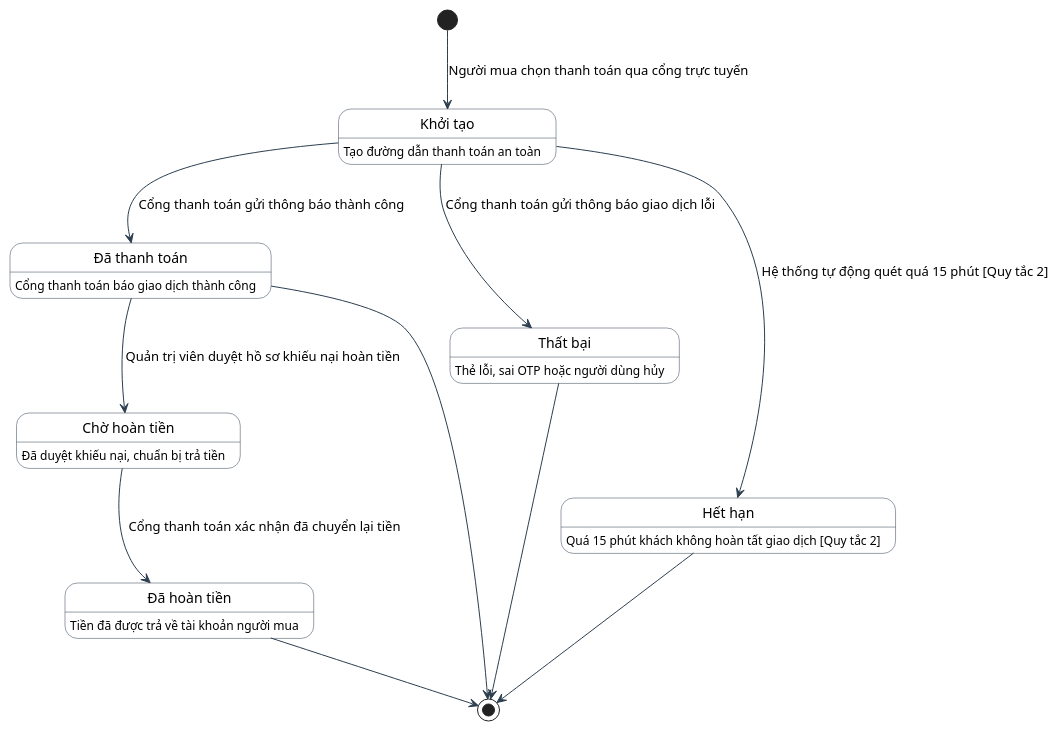
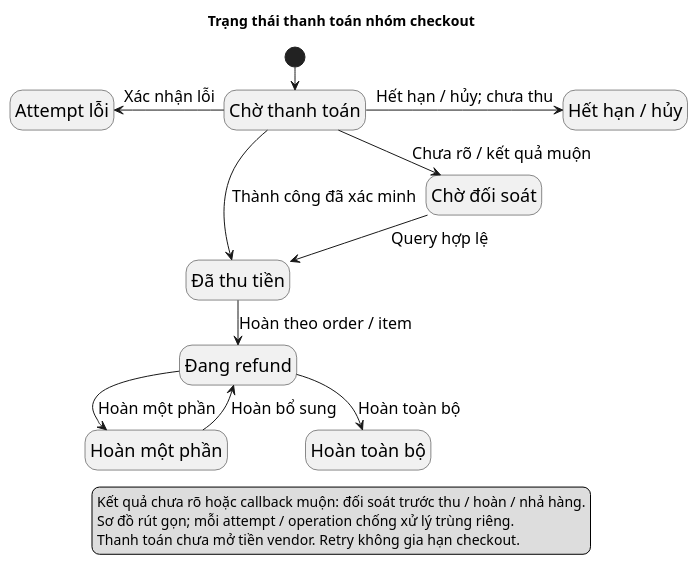
The diagram in docs/diagrams/state-machine/payment_transaction_state_machine.puml (buihaiduongdev/rewear-be), drawn with PlantUML before and after one commit. The commit also changed 34 other files, not shown here.

Commit message:
docs: align business specifications and report diagrams

```diff
--- a/docs/diagrams/state-machine/payment_transaction_state_machine.puml
+++ b/docs/diagrams/state-machine/payment_transaction_state_machine.puml
@@ -1,31 +1,33 @@
 @startuml
+title Trạng thái thanh toán nhóm checkout
 hide empty description
+skinparam ranksep 22
+skinparam nodesep 18
 skinparam shadowing false
-skinparam defaultFontName Arial
-
-skinparam state {
-  BackgroundColor #FFFFFF
-  BorderColor #2C3E50
-  ArrowColor #2C3E50
-}
-
-state "Khởi tạo" as KhoiTao : Tạo đường dẫn thanh toán an toàn
-state "Đã thanh toán" as DaThanhToan : Cổng thanh toán báo giao dịch thành công
-state "Thất bại" as ThatBai : Thẻ lỗi, sai OTP hoặc người dùng hủy
-state "Hết hạn" as HetHan : Quá 15 phút khách không hoàn tất giao dịch [Quy tắc 2]
-state "Chờ hoàn tiền" as ChoHoanTien : Đã duyệt khiếu nại, chuẩn bị trả tiền
-state "Đã hoàn tiền" as DaHoanTien : Tiền đã được trả về tài khoản người mua
-
-[*] --> KhoiTao : Người mua chọn thanh toán qua cổng trực tuyến
-KhoiTao --> DaThanhToan : Cổng thanh toán gửi thông báo thành công
-KhoiTao --> ThatBai : Cổng thanh toán gửi thông báo giao dịch lỗi
-KhoiTao --> HetHan : Hệ thống tự động quét quá 15 phút [Quy tắc 2]
-
-DaThanhToan --> ChoHoanTien : Quản trị viên duyệt hồ sơ khiếu nại hoàn tiền
-ChoHoanTien --> DaHoanTien : Cổng thanh toán xác nhận đã chuyển lại tiền
-
-DaThanhToan --> [*]
-ThatBai --> [*]
-HetHan --> [*]
-DaHoanTien --> [*]
+skinparam defaultFontName SansSerif
+skinparam defaultFontSize 18
+skinparam ArrowFontSize 16
+state "Chờ thanh toán" as waiting
+state "Đã thu tiền" as paid
+state "Chờ đối soát" as reconcile
+state "Attempt lỗi" as failed
+state "Hết hạn / hủy" as expired
+state "Đang refund" as refunding
+state "Hoàn một phần" as partial
+state "Hoàn toàn bộ" as refunded
+[*] --> waiting
+waiting --> paid : Thành công đã xác minh
+waiting -left-> failed : Xác nhận lỗi
+waiting -right-> expired : Hết hạn / hủy; chưa thu
+ waiting --> reconcile : Chưa rõ / kết quả muộn
+ reconcile --> paid : Query hợp lệ
+ paid --> refunding : Hoàn theo order / item
+ refunding --> partial : Hoàn một phần
+ refunding --> refunded : Hoàn toàn bộ
+ partial --> refunding : Hoàn bổ sung
+legend bottom
+Kết quả chưa rõ hoặc callback muộn: đối soát trước thu / hoàn / nhả hàng.
+Sơ đồ rút gọn; mỗi attempt / operation chống xử lý trùng riêng.
+Thanh toán chưa mở tiền vendor. Retry không gia hạn checkout.
+endlegend
 @enduml
```
